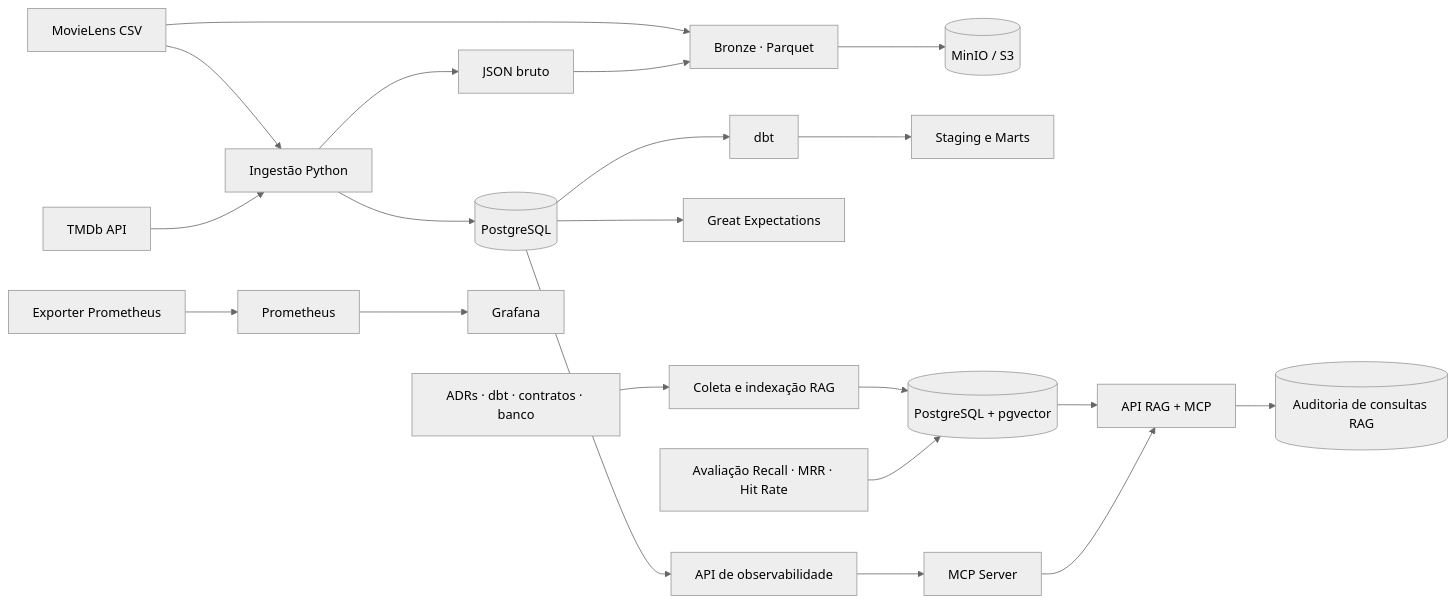
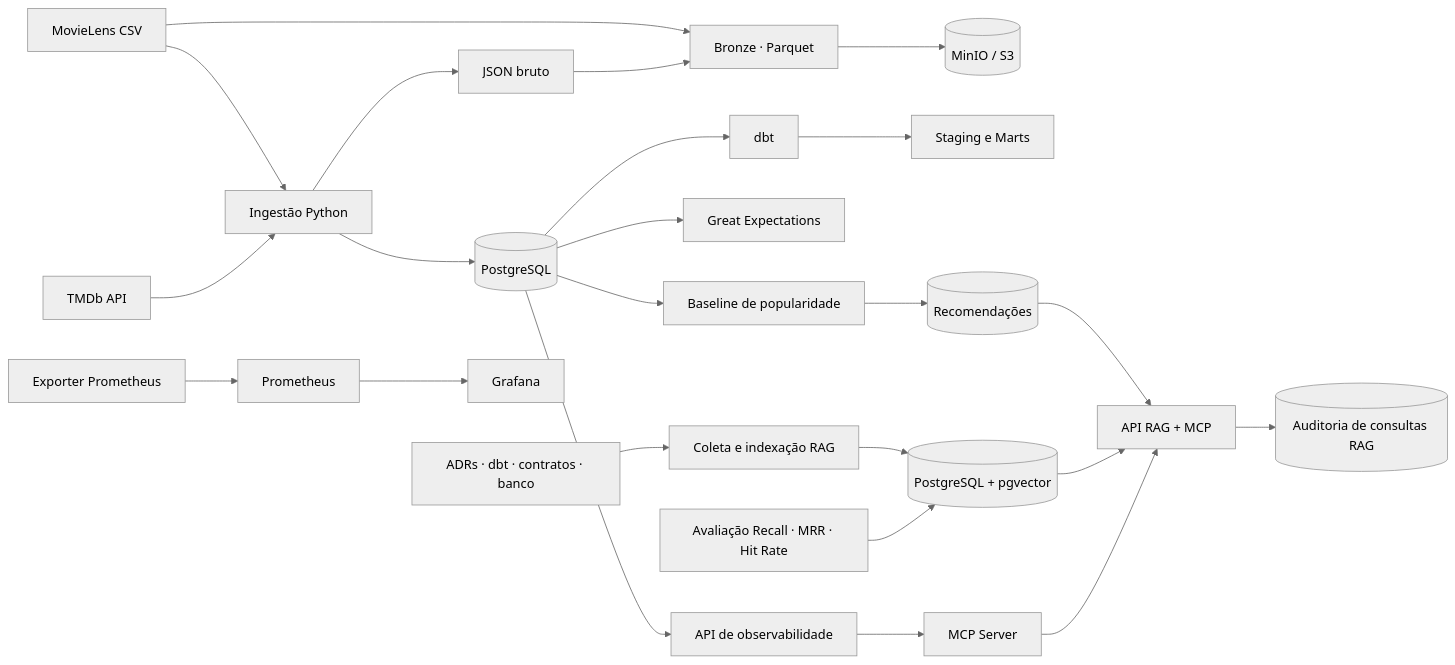
The diagram in README.md (CostaPaiiva/CineLake-AI), drawn with Mermaid (neutral theme) before and after one commit. The commit also changed other lines of this file, not shown here.

````diff
--- a/README.md
+++ b/README.md
@@ -25,23 +25,26 @@
 ```mermaid
 flowchart LR
     ML[MovieLens CSV] --> ING[Ingestão Python]
     TMDB[TMDb API] --> ING
     ING --> PG[(PostgreSQL)]
     ING --> RAW[JSON bruto]
     ML --> BRONZE[Bronze · Parquet]
     RAW --> BRONZE
     BRONZE --> MINIO[(MinIO / S3)]
     PG --> DBT[dbt]
     DBT --> MARTS[Staging e Marts]
     PG --> GE[Great Expectations]
+    PG --> REC[Baseline de popularidade]
+    REC --> RECS[(Recomendações)]
+    RECS --> RAGAPI
     PG --> OBS[API de observabilidade]
     OBS --> MCP[MCP Server]
     DOCS[ADRs · dbt · contratos · banco] --> RAG[Coleta e indexação RAG]
     RAG --> VDB[(PostgreSQL + pgvector)]
     VDB --> RAGAPI[API RAG + MCP]
     MCP --> RAGAPI
     RAGAPI --> RAGLOG[(Auditoria de consultas RAG)]
     EVAL[Avaliação Recall · MRR · Hit Rate] --> VDB
     EXP[Exporter Prometheus] --> PROM[Prometheus]
     PROM --> GRAF[Grafana]
 ```
````
